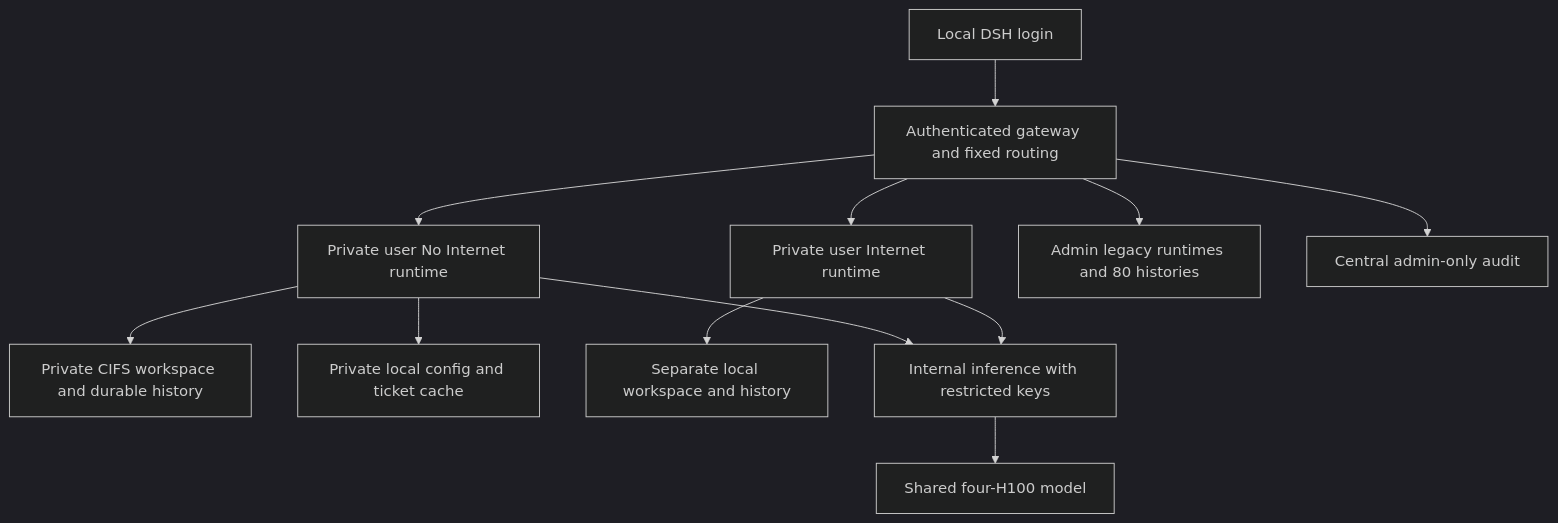
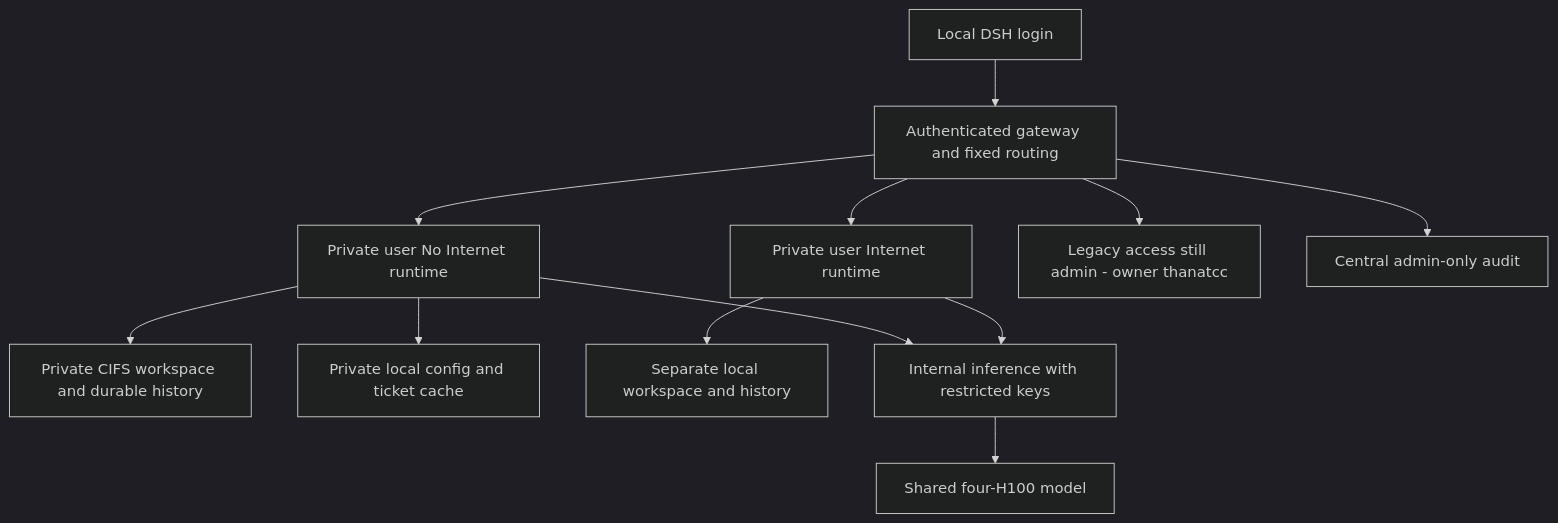
Before and after one commit to skunpoj/dsh_setup: the first of 3 diagrams in docs/DSH_RDT_PILOT_SECURITY_CONTROL_ASSESSMENT.md, drawn with Mermaid (dark theme). The commit also changed other lines of this file and 6 other files, not shown here.

Commit message:
Correct legacy data ownership to thanatcc and record live access mismatch

````diff
--- a/docs/DSH_RDT_PILOT_SECURITY_CONTROL_ASSESSMENT.md
+++ b/docs/DSH_RDT_PILOT_SECURITY_CONTROL_ASSESSMENT.md
@@ -23,14 +25,14 @@
 ```mermaid
 flowchart TB
  U[Local DSH login] --> G[Authenticated gateway and fixed routing]
  G --> S[Private user No Internet runtime]
  G --> I[Private user Internet runtime]
- G --> A[Admin legacy runtimes and 80 histories]
+ G --> A[Legacy access still admin - owner thanatcc]
  S --> C[Private CIFS workspace and durable history]
  S --> K[Private local config and ticket cache]
  I --> W[Separate local workspace and history]
  G --> AU[Central admin-only audit]
  S --> L[Internal inference with restricted keys]
  I --> L
  L --> GPU[Shared four-H100 model]
 ```
````
